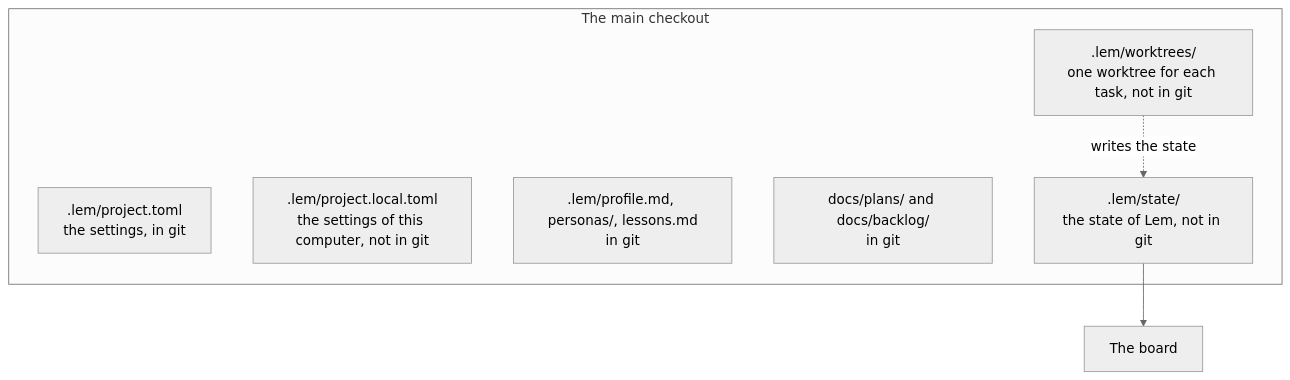
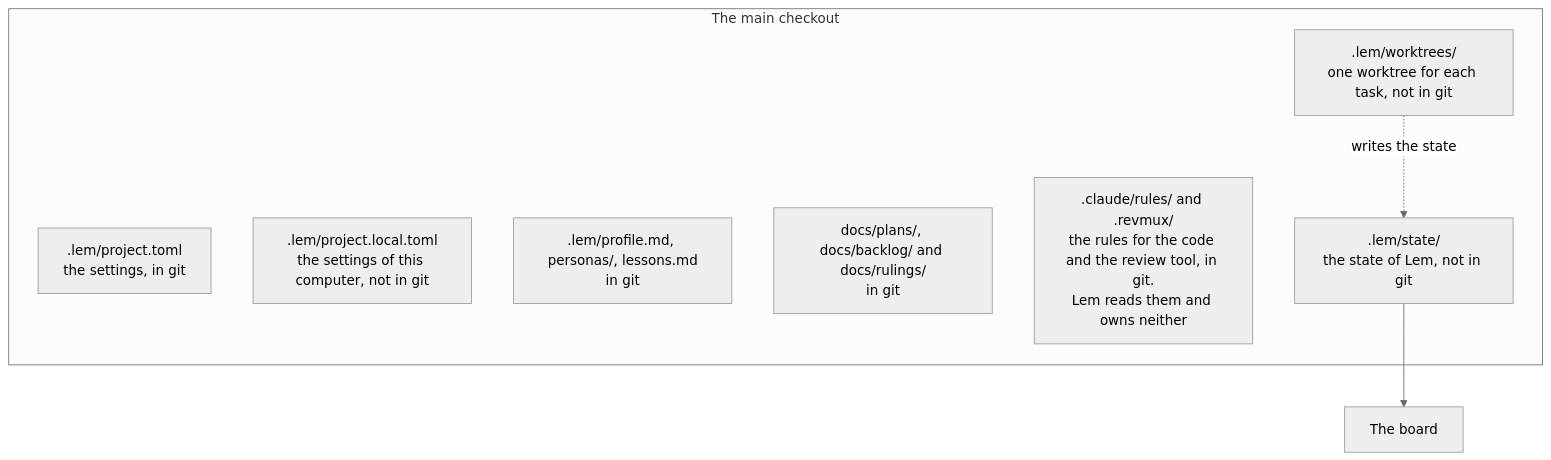
The second of 2 diagrams in docs/inside.md (pySilver/lem), drawn with Mermaid (neutral theme) before and after one commit.

Commit message:
docs(inside): the diagram of where things are shows the rulings, the rules for the code and the review tool's folder

````diff
--- a/docs/inside.md
+++ b/docs/inside.md
@@ -95,13 +95,14 @@
 ```mermaid
 flowchart TD
     subgraph checkout [The main checkout]
         toml[.lem/project.toml<br/>the settings, in git]
         local[.lem/project.local.toml<br/>the settings of this computer, not in git]
         profiles[.lem/profile.md, personas/, lessons.md<br/>in git]
-        plans[docs/plans/ and docs/backlog/<br/>in git]
+        plans[docs/plans/, docs/backlog/ and docs/rulings/<br/>in git]
+        other[.claude/rules/ and .revmux/<br/>the rules for the code and the review tool, in git.<br/>Lem reads them and owns neither]
         wt[.lem/worktrees/<br/>one worktree for each task, not in git]
         state[.lem/state/<br/>the state of Lem, not in git]
     end
     wt -. writes the state .-> state
     state --> board[The board]
 ```
````
